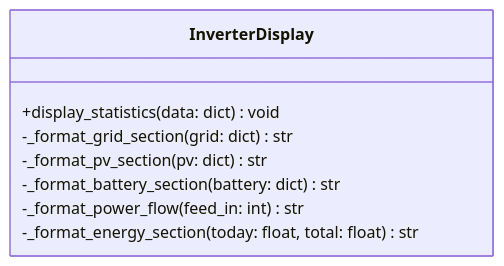
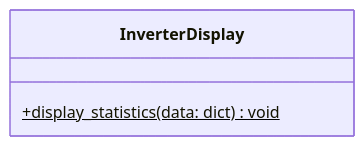
Before and after one commit to William12556/solax-modbus: the diagram in workspace/design/design-d3c4d5e6-component_presentation_console.md, drawn with Mermaid. The commit also changed other lines of this file and 2 other files, not shown here.

````diff
--- a/workspace/design/design-d3c4d5e6-component_presentation_console.md
+++ b/workspace/design/design-d3c4d5e6-component_presentation_console.md
@@ -93,11 +93,6 @@
 ```mermaid
 classDiagram
     class InverterDisplay {
-        +display_statistics(data: dict) void
-        -_format_grid_section(grid: dict) str
-        -_format_pv_section(pv: dict) str
-        -_format_battery_section(battery: dict) str
-        -_format_power_flow(feed_in: int) str
-        -_format_energy_section(today: float, total: float) str
+        +display_statistics(data: dict)$ void
     }
 ```
````
